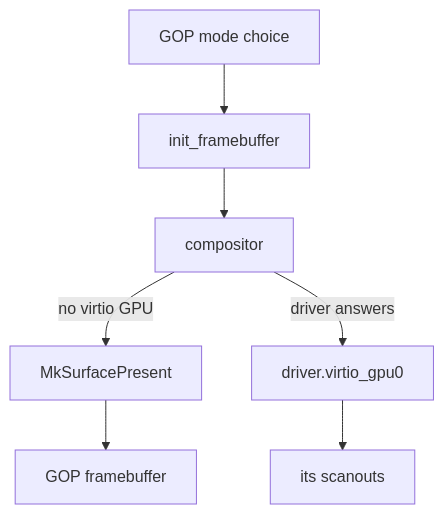
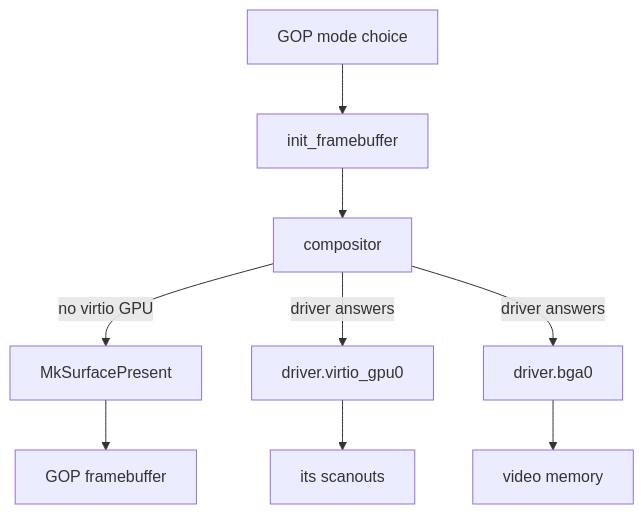
The diagram in docs/drivers/display.md (NON-OS/microkernel), drawn with Mermaid before and after one commit. The commit also changed other lines of this file and 1 other file, not shown here.

Commit message:
docs: display page brought to the drivers as they are, bga and recovery and a restarted compositor, what a good boot shows

````diff
--- a/docs/drivers/display.md
+++ b/docs/drivers/display.md
@@ -15,9 +15,11 @@
 ```mermaid
 flowchart TD
     L[GOP mode choice] --> K[init_framebuffer]
     K --> C[compositor]
     C -->|no virtio GPU| P[MkSurfacePresent]
     P --> F[GOP framebuffer]
     C -->|driver answers| G[driver.virtio_gpu0]
     G --> S[its scanouts]
+    C -->|driver answers| B[driver.bga0]
+    B --> V[video memory]
 ```
````
